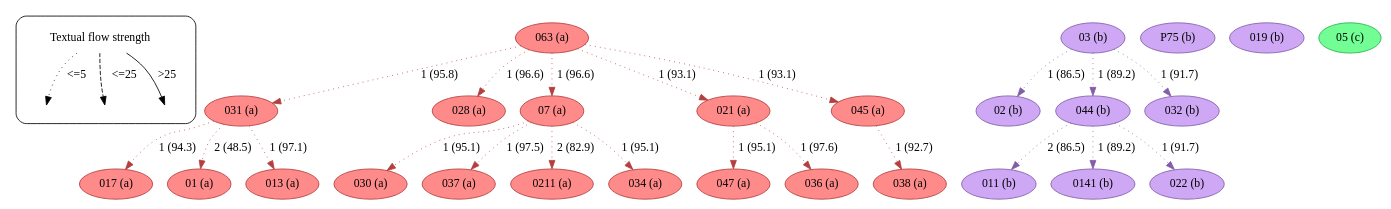
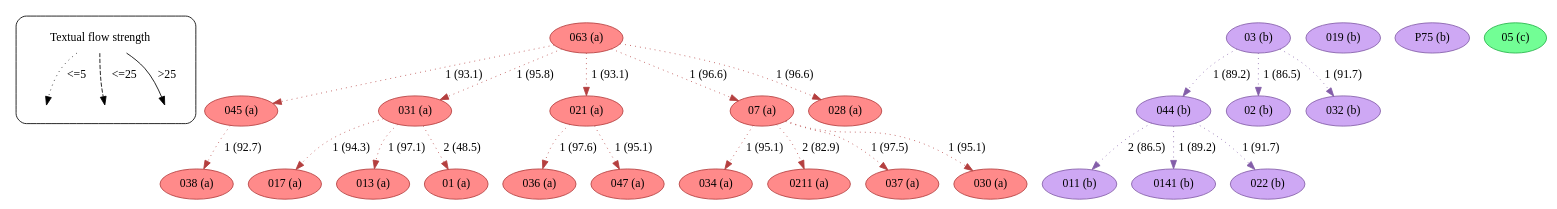
The diagram in example/c499/textual_flow_21_20-24_c499.dot (edmondac/CBGM), drawn with Graphviz before and after one commit. The commit also changed other lines of this file and 168 other files, not shown here.

```diff
--- a/example/c499/textual_flow_21_20-24_c499.dot
+++ b/example/c499/textual_flow_21_20-24_c499.dot
@@ -1,193 +1,193 @@
 strict digraph  {
 	node [label="\N"];
 	subgraph cluster_legend {
 		graph [style=rounded];
 		leg_s		 [label="Textual flow strength",
 			shape=plaintext];
 		leg_e1		 [fixedsize=True,
 			height=0.2,
 			label="",
 			style=invis];
 		leg_s -> leg_e1		 [label="<=5  ",
 			style=dotted];
 		leg_e2		 [fixedsize=True,
 			height=0.2,
 			label="",
 			style=invis];
 		leg_s -> leg_e2		 [label="  <=25",
 			style=dashed];
 		leg_e3		 [fixedsize=True,
 			height=0.2,
 			label="",
 			style=invis];
 		leg_s -> leg_e3		 [label=">25",
 			style=solid];
 	}
+	063	 [color="#b43f3f",
+		fillcolor="#FF8A8A",
+		label="063 (a)",
+		style=filled];
+	045	 [color="#b43f3f",
+		fillcolor="#FF8A8A",
+		label="045 (a)",
+		style=filled];
+	063 -> 045	 [color="#b43f3f",
+		label="1 (93.1)",
+		style=dotted];
 	031	 [color="#b43f3f",
 		fillcolor="#FF8A8A",
 		label="031 (a)",
 		style=filled];
+	063 -> 031	 [color="#b43f3f",
+		label="1 (95.8)",
+		style=dotted];
+	021	 [color="#b43f3f",
+		fillcolor="#FF8A8A",
+		label="021 (a)",
+		style=filled];
+	063 -> 021	 [color="#b43f3f",
+		label="1 (93.1)",
+		style=dotted];
+	07	 [color="#b43f3f",
+		fillcolor="#FF8A8A",
+		label="07 (a)",
+		style=filled];
+	063 -> 07	 [color="#b43f3f",
+		label="1 (96.6)",
+		style=dotted];
+	028	 [color="#b43f3f",
+		fillcolor="#FF8A8A",
+		label="028 (a)",
+		style=filled];
+	063 -> 028	 [color="#b43f3f",
+		label="1 (96.6)",
+		style=dotted];
+	038	 [color="#b43f3f",
+		fillcolor="#FF8A8A",
+		label="038 (a)",
+		style=filled];
+	045 -> 038	 [color="#b43f3f",
+		label="1 (92.7)",
+		style=dotted];
 	017	 [color="#b43f3f",
 		fillcolor="#FF8A8A",
 		label="017 (a)",
 		style=filled];
 	031 -> 017	 [color="#b43f3f",
 		label="1 (94.3)",
+		style=dotted];
+	013	 [color="#b43f3f",
+		fillcolor="#FF8A8A",
+		label="013 (a)",
+		style=filled];
+	031 -> 013	 [color="#b43f3f",
+		label="1 (97.1)",
 		style=dotted];
 	01	 [color="#b43f3f",
 		fillcolor="#FF8A8A",
 		label="01 (a)",
 		style=filled];
 	031 -> 01	 [color="#b43f3f",
 		label="2 (48.5)",
 		style=dotted];
-	013	 [color="#b43f3f",
+	036	 [color="#b43f3f",
 		fillcolor="#FF8A8A",
-		label="013 (a)",
+		label="036 (a)",
 		style=filled];
-	031 -> 013	 [color="#b43f3f",
-		label="1 (97.1)",
+	021 -> 036	 [color="#b43f3f",
+		label="1 (97.6)",
 		style=dotted];
-	063	 [color="#b43f3f",
+	047	 [color="#b43f3f",
 		fillcolor="#FF8A8A",
-		label="063 (a)",
+		label="047 (a)",
 		style=filled];
-	063 -> 031	 [color="#b43f3f",
-		label="1 (95.8)",
+	021 -> 047	 [color="#b43f3f",
+		label="1 (95.1)",
 		style=dotted];
-	028	 [color="#b43f3f",
+	034	 [color="#b43f3f",
 		fillcolor="#FF8A8A",
-		label="028 (a)",
+		label="034 (a)",
 		style=filled];
-	063 -> 028	 [color="#b43f3f",
-		label="1 (96.6)",
+	07 -> 034	 [color="#b43f3f",
+		label="1 (95.1)",
 		style=dotted];
-	07	 [color="#b43f3f",
+	0211	 [color="#b43f3f",
 		fillcolor="#FF8A8A",
-		label="07 (a)",
+		label="0211 (a)",
 		style=filled];
-	063 -> 07	 [color="#b43f3f",
-		label="1 (96.6)",
+	07 -> 0211	 [color="#b43f3f",
+		label="2 (82.9)",
 		style=dotted];
-	021	 [color="#b43f3f",
+	037	 [color="#b43f3f",
 		fillcolor="#FF8A8A",
-		label="021 (a)",
+		label="037 (a)",
 		style=filled];
-	063 -> 021	 [color="#b43f3f",
-		label="1 (93.1)",
-		style=dotted];
-	045	 [color="#b43f3f",
-		fillcolor="#FF8A8A",
-		label="045 (a)",
-		style=filled];
-	063 -> 045	 [color="#b43f3f",
-		label="1 (93.1)",
+	07 -> 037	 [color="#b43f3f",
+		label="1 (97.5)",
 		style=dotted];
 	030	 [color="#b43f3f",
 		fillcolor="#FF8A8A",
 		label="030 (a)",
 		style=filled];
 	07 -> 030	 [color="#b43f3f",
 		label="1 (95.1)",
 		style=dotted];
-	037	 [color="#b43f3f",
-		fillcolor="#FF8A8A",
-		label="037 (a)",
-		style=filled];
-	07 -> 037	 [color="#b43f3f",
-		label="1 (97.5)",
-		style=dotted];
-	0211	 [color="#b43f3f",
-		fillcolor="#FF8A8A",
-		label="0211 (a)",
-		style=filled];
-	07 -> 0211	 [color="#b43f3f",
-		label="2 (82.9)",
-		style=dotted];
-	034	 [color="#b43f3f",
-		fillcolor="#FF8A8A",
-		label="034 (a)",
-		style=filled];
-	07 -> 034	 [color="#b43f3f",
-		label="1 (95.1)",
-		style=dotted];
-	047	 [color="#b43f3f",
-		fillcolor="#FF8A8A",
-		label="047 (a)",
-		style=filled];
-	021 -> 047	 [color="#b43f3f",
-		label="1 (95.1)",
-		style=dotted];
-	036	 [color="#b43f3f",
-		fillcolor="#FF8A8A",
-		label="036 (a)",
-		style=filled];
-	021 -> 036	 [color="#b43f3f",
-		label="1 (97.6)",
-		style=dotted];
-	038	 [color="#b43f3f",
-		fillcolor="#FF8A8A",
-		label="038 (a)",
-		style=filled];
-	045 -> 038	 [color="#b43f3f",
-		label="1 (92.7)",
-		style=dotted];
 	03	 [color="#835da9",
 		fillcolor="#CEA8F4",
 		label="03 (b)",
 		style=filled];
+	044	 [color="#835da9",
+		fillcolor="#CEA8F4",
+		label="044 (b)",
+		style=filled];
+	03 -> 044	 [color="#835da9",
+		label="1 (89.2)",
+		style=dotted];
 	02	 [color="#835da9",
 		fillcolor="#CEA8F4",
 		label="02 (b)",
 		style=filled];
 	03 -> 02	 [color="#835da9",
 		label="1 (86.5)",
-		style=dotted];
-	044	 [color="#835da9",
-		fillcolor="#CEA8F4",
-		label="044 (b)",
-		style=filled];
-	03 -> 044	 [color="#835da9",
-		label="1 (89.2)",
 		style=dotted];
 	032	 [color="#835da9",
 		fillcolor="#CEA8F4",
 		label="032 (b)",
 		style=filled];
 	03 -> 032	 [color="#835da9",
 		label="1 (91.7)",
 		style=dotted];
 	011	 [color="#835da9",
 		fillcolor="#CEA8F4",
 		label="011 (b)",
 		style=filled];
 	044 -> 011	 [color="#835da9",
 		label="2 (86.5)",
 		style=dotted];
 	0141	 [color="#835da9",
 		fillcolor="#CEA8F4",
 		label="0141 (b)",
 		style=filled];
 	044 -> 0141	 [color="#835da9",
 		label="1 (89.2)",
 		style=dotted];
 	022	 [color="#835da9",
 		fillcolor="#CEA8F4",
 		label="022 (b)",
 		style=filled];
 	044 -> 022	 [color="#835da9",
 		label="1 (91.7)",
 		style=dotted];
+	019	 [color="#835da9",
+		fillcolor="#CEA8F4",
+		label="019 (b)",
+		style=filled];
 	P75	 [color="#835da9",
 		fillcolor="#CEA8F4",
 		label="P75 (b)",
-		style=filled];
-	019	 [color="#835da9",
-		fillcolor="#CEA8F4",
-		label="019 (b)",
 		style=filled];
 	05	 [color="#27b34a",
 		fillcolor="#72FE95",
 		label="05 (c)",
 		style=filled];
 }
```
